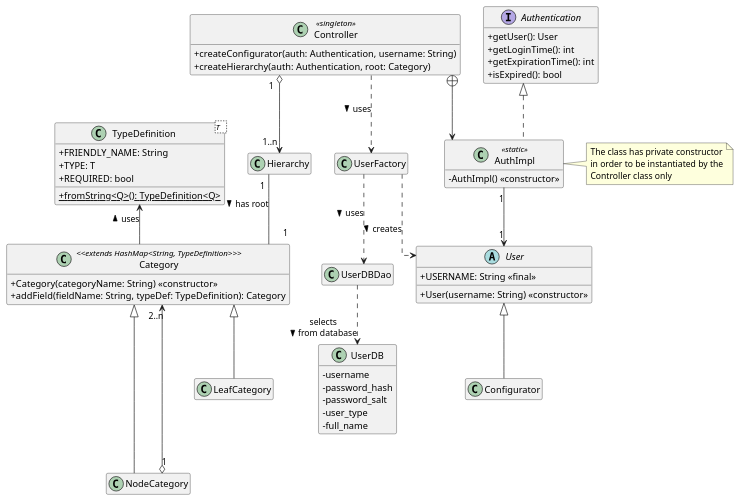
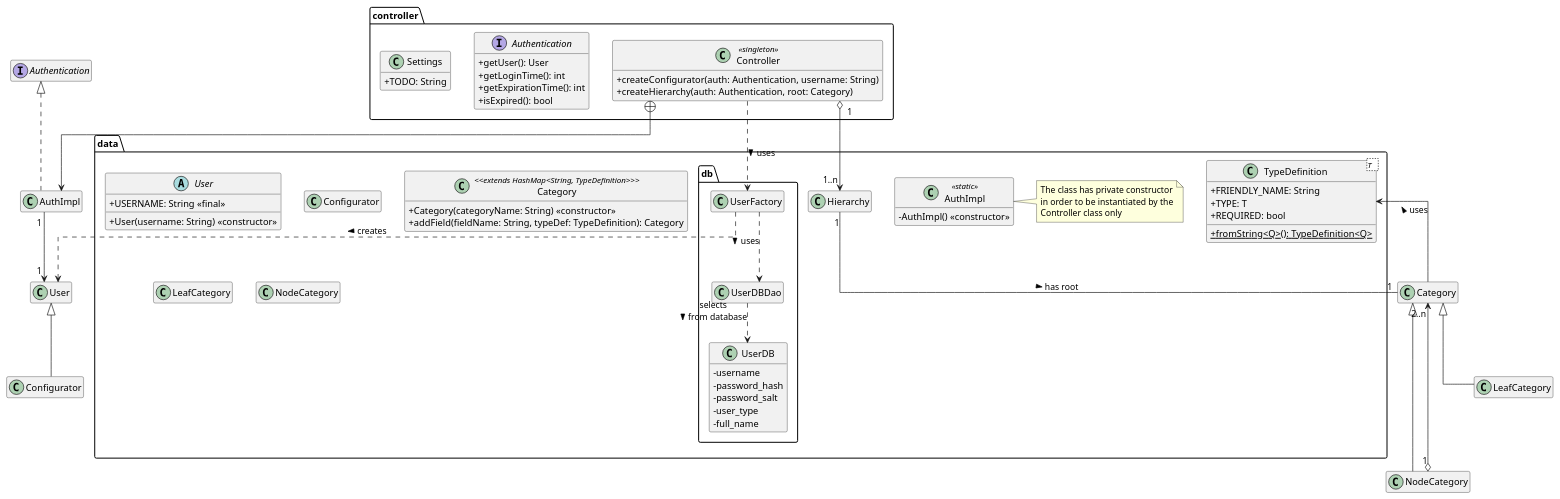
The diagram in DOC/uml/class/class_diagram.puml (Matlice/ing_sw_2022), drawn with PlantUML before and after one commit. The commit also changed 32 other files, not shown here.

```diff
--- a/DOC/uml/class/class_diagram.puml
+++ b/DOC/uml/class/class_diagram.puml
@@ -1,84 +1,101 @@
 @startuml
 
 skinparam ClassAttributeIconSize 0
 'skinparam groupInheritance 2
 skinparam linetype ortho
 hide empty members
+
+package controller #FFFFFF{
+    class Controller <<singleton>> {
+        + createConfigurator(auth: Authentication, username: String)
+        + createHierarchy(auth: Authentication, root: Category)
+    }
+
+    interface Authentication {
+        + getUser(): User
+        + getLoginTime(): int
+        + getExpirationTime(): int
+        + isExpired(): bool
+    }
+
+    class Settings {
+        + TODO: String
+    }
+}
+
+
+package data #FFFFFF{
+    abstract class User {
+        + USERNAME: String <<final>>
+        + User(username: String) <<constructor>>
+    }
+
+    class Configurator {
+    
+    }
+
+    'add nota per classe innestata
+    class AuthImpl <<static>> {
+        - AuthImpl() <<constructor>>
+    }
+
+    class Hierarchy{
+
+    }
+
+    class Category <<extends HashMap<String, TypeDefinition>>> {
+        + Category(categoryName: String) <<constructor>>
+        + addField(fieldName: String, typeDef: TypeDefinition): Category
+    }
+
+    class TypeDefinition<T   > {
+        + FRIENDLY_NAME: String
+        + TYPE: T
+        + REQUIRED: bool
+        + {static} fromString<Q>(): TypeDefinition<Q>
+    }
+
+    class LeafCategory{
+    }
+
+    class NodeCategory{
+    }
+
+    note right of AuthImpl : The class has private constructor\nin order to be instantiated by the\nController class only
+
+    package db #FFFFFF{
+        class UserDB {
+            - username
+            - password_hash
+            - password_salt
+            - user_type
+            - full_name
+        }
+
+        class UserDBDao
+
+        class UserFactory
+    }
+
+}
+
 
 class Configurator extends User
 class LeafCategory extends Category
 class NodeCategory extends Category
 class AuthImpl implements Authentication
 
 LeafCategory -[hidden]-> NodeCategory
 Controller "1" o--> "1..n" Hierarchy
 Hierarchy "1" -- "1" Category: has root >
 NodeCategory "1" o-right-> "2..n" Category
 Controller +--> AuthImpl
 AuthImpl "1" --> "1" User
 Category -up-> TypeDefinition: uses >
 
 Controller ..> UserFactory: uses >
 UserFactory ..> User: creates >
 UserFactory ..> UserDBDao: uses >
 UserDBDao ..> UserDB: selects\nfrom database >
 
-abstract class User {
-    + USERNAME: String <<final>>
-    + User(username: String) <<constructor>>
-}
-
-class UserDB {
-    - username
-    - password_hash
-    - password_salt
-    - user_type
-    - full_name
-}
-
-class Configurator {
-    
-}
-
-class Controller <<singleton>> {
-    + createConfigurator(auth: Authentication, username: String)
-    + createHierarchy(auth: Authentication, root: Category)
-}
-
-interface Authentication{
-    + getUser(): User
-    + getLoginTime(): int
-    + getExpirationTime(): int
-    + isExpired(): bool
-}
-
-'add nota per classe innestata
-class AuthImpl <<static>> {
-    - AuthImpl() <<constructor>>
-}
-
-class Hierarchy{
-
-}
-
-class Category <<extends HashMap<String, TypeDefinition>>> {
-    + Category(categoryName: String) <<constructor>>
-    + addField(fieldName: String, typeDef: TypeDefinition): Category
-}
-
-class TypeDefinition<T   > {
-    + FRIENDLY_NAME: String
-    + TYPE: T
-    + REQUIRED: bool
-    + {static} fromString<Q>(): TypeDefinition<Q>
-}
-
-class LeafCategory{
-}
-
-class NodeCategory{
-}
-
-note right of AuthImpl : The class has private constructor\nin order to be instantiated by the\nController class only
-
 @enduml
```
